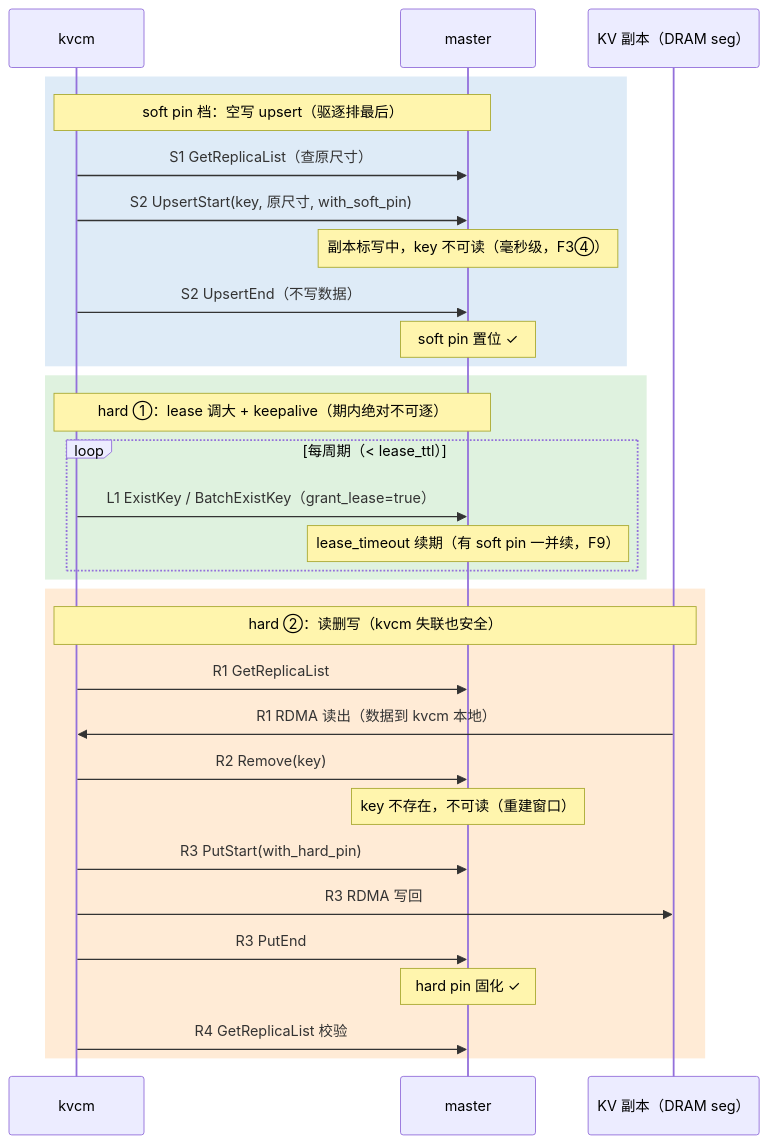
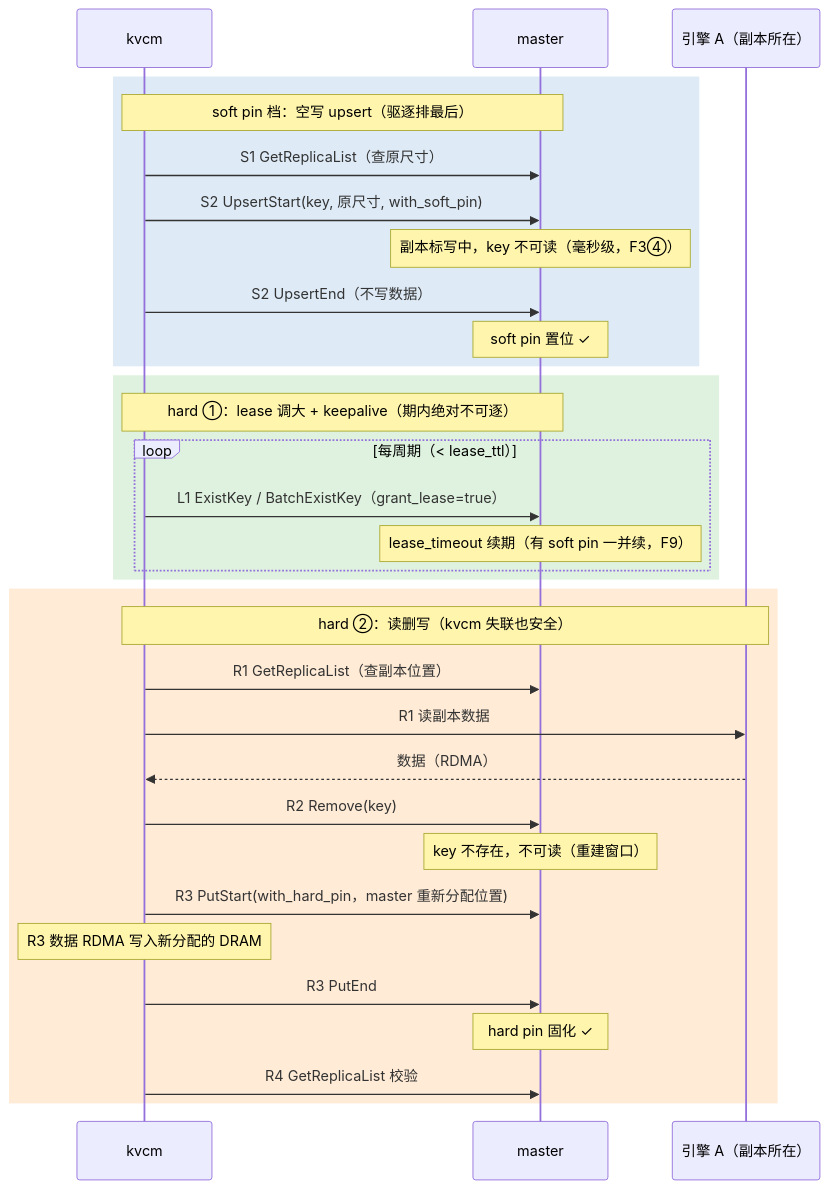
Before and after one commit to 5x8-40/lake: the fifth of 10 diagrams in kvcm/D2-kv-operations.md, drawn with Mermaid. The commit also changed other lines of this file and 1 other file, not shown here.

First line of the commit message:
docs(kvcm): 修正图④⑤⑥角色与数据流，PR 全审收尾

````diff
--- a/kvcm/D2-kv-operations.md
+++ b/kvcm/D2-kv-operations.md
@@ -384,36 +384,37 @@
 ```mermaid
 sequenceDiagram
     participant K as kvcm
     participant M as master
-    participant D as KV 副本（DRAM seg）
+    participant A as 引擎 A（副本所在）
 
     rect rgb(222, 235, 247)
     Note over K,M: soft pin 档：空写 upsert（驱逐排最后）
     K->>M: S1 GetReplicaList（查原尺寸）
     K->>M: S2 UpsertStart(key, 原尺寸, with_soft_pin)
     Note over M: 副本标写中，key 不可读（毫秒级，F3④）
     K->>M: S2 UpsertEnd（不写数据）
     Note over M: soft pin 置位 ✓
     end
 
     rect rgb(223, 242, 223)
     Note over K,M: hard ①：lease 调大 + keepalive（期内绝对不可逐）
     loop 每周期（< lease_ttl）
         K->>M: L1 ExistKey / BatchExistKey（grant_lease=true）
         Note over M: lease_timeout 续期（有 soft pin 一并续，F9）
     end
     end
 
     rect rgb(255, 235, 214)
-    Note over K,D: hard ②：读删写（kvcm 失联也安全）
-    K->>M: R1 GetReplicaList
-    D->>K: R1 RDMA 读出（数据到 kvcm 本地）
+    Note over K,A: hard ②：读删写（kvcm 失联也安全）
+    K->>M: R1 GetReplicaList（查副本位置）
+    K->>A: R1 读副本数据
+    A-->>K: 数据（RDMA）
     K->>M: R2 Remove(key)
     Note over M: key 不存在，不可读（重建窗口）
-    K->>M: R3 PutStart(with_hard_pin)
-    K->>D: R3 RDMA 写回
+    K->>M: R3 PutStart(with_hard_pin，master 重新分配位置)
+    Note over K: R3 数据 RDMA 写入新分配的 DRAM
     K->>M: R3 PutEnd
     Note over M: hard pin 固化 ✓
     K->>M: R4 GetReplicaList 校验
     end
 ```
````
